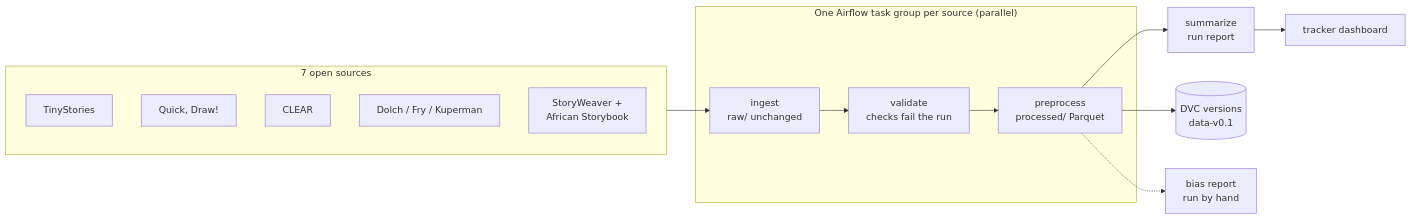
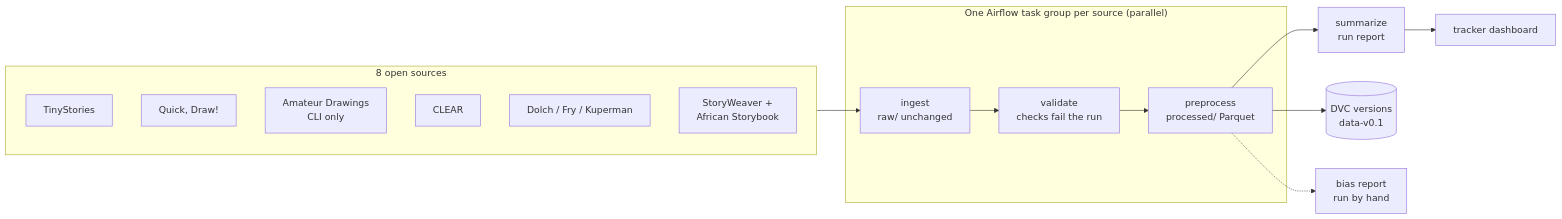
The diagram in README.md (keithfernandes12/young-illustrators-primer), drawn with Mermaid before and after one commit. The commit also changed other lines of this file and 18 other files, not shown here.

First line of the commit message:
feat(data): ingest Amateur Drawings into character_drawings (KAN-24)

````diff
--- a/README.md
+++ b/README.md
@@ -29,18 +29,19 @@
 ```mermaid
 flowchart LR
-    subgraph Sources["7 open sources"]
+    subgraph Sources["8 open sources"]
         TS[TinyStories]
         QD[Quick, Draw!]
+        AD[Amateur Drawings<br/>CLI only]
         CL[CLEAR]
         WL[Dolch / Fry / Kuperman]
         PB[StoryWeaver +<br/>African Storybook]
     end
     subgraph Pipeline["One Airflow task group per source (parallel)"]
         I[ingest<br/>raw/ unchanged] --> V[validate<br/>checks fail the run] --> P[preprocess<br/>processed/ Parquet]
     end
     Sources --> I
     P --> S[summarize<br/>run report]
     P --> D[(DVC versions<br/>data-v0.1)]
     P -.-> B[bias report<br/>run by hand]
     S --> T[tracker dashboard]
 ```
````
